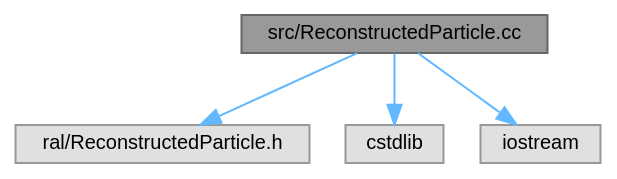
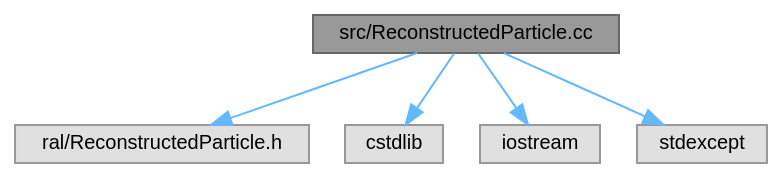
The diagram in docs/ReconstructedParticle_8cc__incl.dot (Juanki0396/ral), drawn with Graphviz before and after one commit. The commit also changed 1 other file, not shown here.

```diff
--- a/docs/ReconstructedParticle_8cc__incl.dot
+++ b/docs/ReconstructedParticle_8cc__incl.dot
@@ -1,14 +1,16 @@
 digraph "src/ReconstructedParticle.cc"
 {
  // LATEX_PDF_SIZE
   bgcolor="transparent";
   edge [fontname=Helvetica,fontsize=10,labelfontname=Helvetica,labelfontsize=10];
   node [fontname=Helvetica,fontsize=10,shape=box,height=0.2,width=0.4];
   Node1 [id="Node000001",label="src/ReconstructedParticle.cc",height=0.2,width=0.4,color="gray40", fillcolor="grey60", style="filled", fontcolor="black",tooltip=" "];
   Node1 -> Node2 [id="edge1_Node000001_Node000002",color="steelblue1",style="solid",tooltip=" "];
   Node2 [id="Node000002",label="ral/ReconstructedParticle.h",height=0.2,width=0.4,color="grey60", fillcolor="#E0E0E0", style="filled",tooltip=" "];
   Node1 -> Node3 [id="edge2_Node000001_Node000003",color="steelblue1",style="solid",tooltip=" "];
   Node3 [id="Node000003",label="cstdlib",height=0.2,width=0.4,color="grey60", fillcolor="#E0E0E0", style="filled",tooltip=" "];
   Node1 -> Node4 [id="edge3_Node000001_Node000004",color="steelblue1",style="solid",tooltip=" "];
   Node4 [id="Node000004",label="iostream",height=0.2,width=0.4,color="grey60", fillcolor="#E0E0E0", style="filled",tooltip=" "];
+  Node1 -> Node5 [id="edge4_Node000001_Node000005",color="steelblue1",style="solid",tooltip=" "];
+  Node5 [id="Node000005",label="stdexcept",height=0.2,width=0.4,color="grey60", fillcolor="#E0E0E0", style="filled",tooltip=" "];
 }
```
